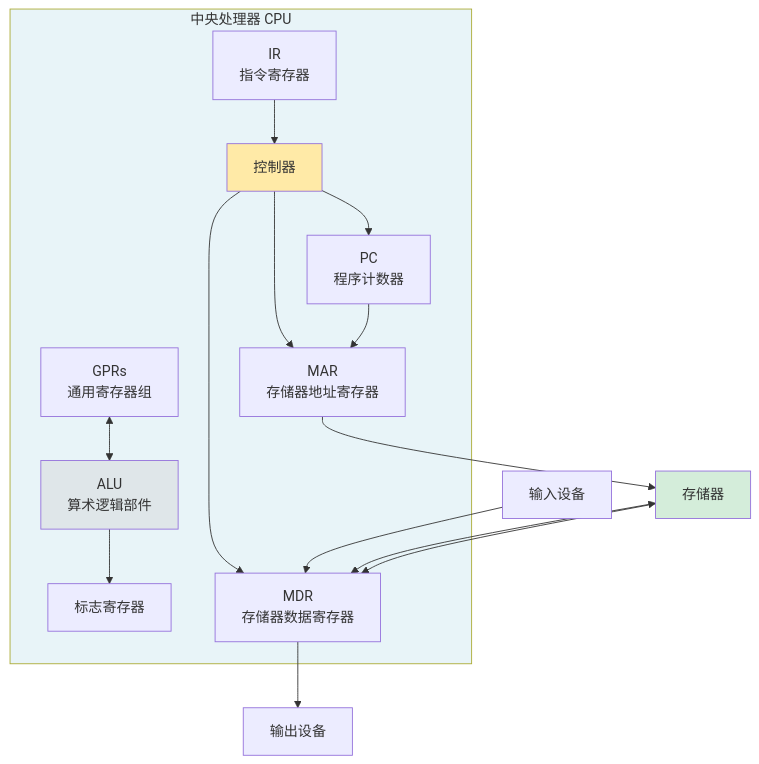
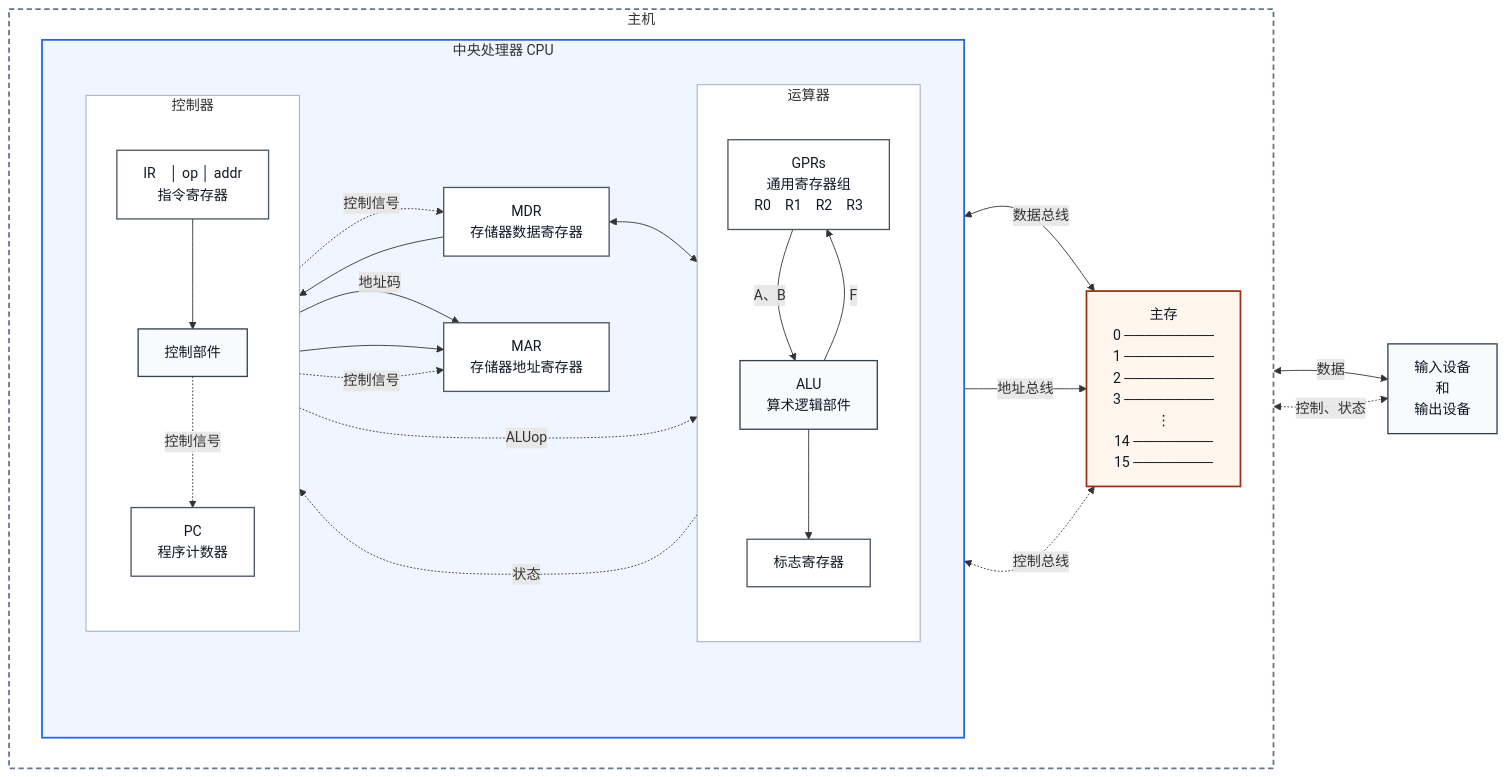
One commit to zq-bj/computer_principle changed the first of 2 diagrams in src/computer_principle/01_计算机系统概述/01_1_冯诺依曼思想.md. Above: the diagram before and after it, drawn with Mermaid. The commit also changed other lines of this file, not shown here.

Commit message:
docs: 完善计算机硬件结构与指令笔记

````diff
--- a/src/computer_principle/01_计算机系统概述/01_1_冯诺依曼思想.md
+++ b/src/computer_principle/01_计算机系统概述/01_1_冯诺依曼思想.md
@@ -28,35 +28,59 @@
 ```mermaid
-graph TB
-    subgraph CPU[中央处理器 CPU]
-        GPRs[GPRs<br/>通用寄存器组]
-        IR[IR<br/>指令寄存器]
-        PC[PC<br/>程序计数器]
-        MAR_M[MAR<br/>存储器地址寄存器]
-        MDR_M[MDR<br/>存储器数据寄存器]
-        ALU[ALU<br/>算术逻辑部件]
-        Controller[控制器]
-        Flag[标志寄存器]
+flowchart LR
+    subgraph HOST[主机]
+        direction LR
+        subgraph CPU[中央处理器 CPU]
+            direction LR
+            subgraph DP[运算器]
+                direction TB
+                GPRS["GPRs<br/>通用寄存器组<br/>R0　R1　R2　R3"]
+                ALU["ALU<br/>算术逻辑部件"]
+                FLAG[标志寄存器]
+                GPRS -->|A、B| ALU
+                ALU -->|F| GPRS
+                ALU --> FLAG
+            end
+
+            subgraph CU[控制器]
+                direction TB
+                IR["IR　│ op │ addr<br/>指令寄存器"]
+                CTRL[控制部件]
+                PC["PC<br/>程序计数器"]
+                IR --> CTRL
+                CTRL -.控制信号.-> PC
+                FLAG -.状态.-> CTRL
+            end
+
+            MDR["MDR<br/>存储器数据寄存器"]
+            MAR["MAR<br/>存储器地址寄存器"]
+
+            MDR --> IR
+            MDR <--> GPRS
+            IR -->|地址码| MAR
+            PC --> MAR
+            CTRL -.控制信号.-> MDR
+            CTRL -.控制信号.-> MAR
+            CTRL -.ALUop.-> ALU
+        end
+
+        MEM["主存<br/>0 ─────────<br/>1 ─────────<br/>2 ─────────<br/>3 ─────────<br/>⋮<br/>14 ────────<br/>15 ────────"]
+        MDR <-->|数据总线| MEM
+        MAR -->|地址总线| MEM
+        CTRL <-.->|控制总线| MEM
     end
-    
-    Mem[存储器]
-    Input[输入设备]
-    Output[输出设备]
-    
-    GPRs <--> ALU
-    ALU --> Flag
-    Controller --> PC
-    Controller --> MAR_M
-    Controller --> MDR_M
-    IR --> Controller
-    PC --> MAR_M
-    MAR_M --> Mem
-    MDR_M <--> Mem
-    Mem --> MDR_M
-    Input --> MDR_M
-    MDR_M --> Output
-    
-    style CPU fill:#e8f4f8
-    style Mem fill:#d4edda
-    style Controller fill:#ffeaa7
-    style ALU fill:#dfe6e9
+
+    IO["输入设备<br/>和<br/>输出设备"]
+    MEM <-->|数据| IO
+    MEM <-.->|控制、状态| IO
+
+    classDef register fill:#fff,stroke:#4b5563,stroke-width:1.5px,color:#111827;
+    classDef component fill:#f8fafc,stroke:#334155,stroke-width:1.5px,color:#111827;
+    classDef memory fill:#fff7ed,stroke:#9a3412,stroke-width:2px,color:#111827;
+    class GPRS,IR,PC,MDR,MAR,FLAG register;
+    class ALU,CTRL,IO component;
+    class MEM memory;
+    style HOST fill:#fff,stroke:#64748b,stroke-width:2px,stroke-dasharray:6 4
+    style CPU fill:#eff6ff,stroke:#2563eb,stroke-width:2px
+    style DP fill:#fff,stroke:#94a3b8
+    style CU fill:#fff,stroke:#94a3b8
 ```
````
